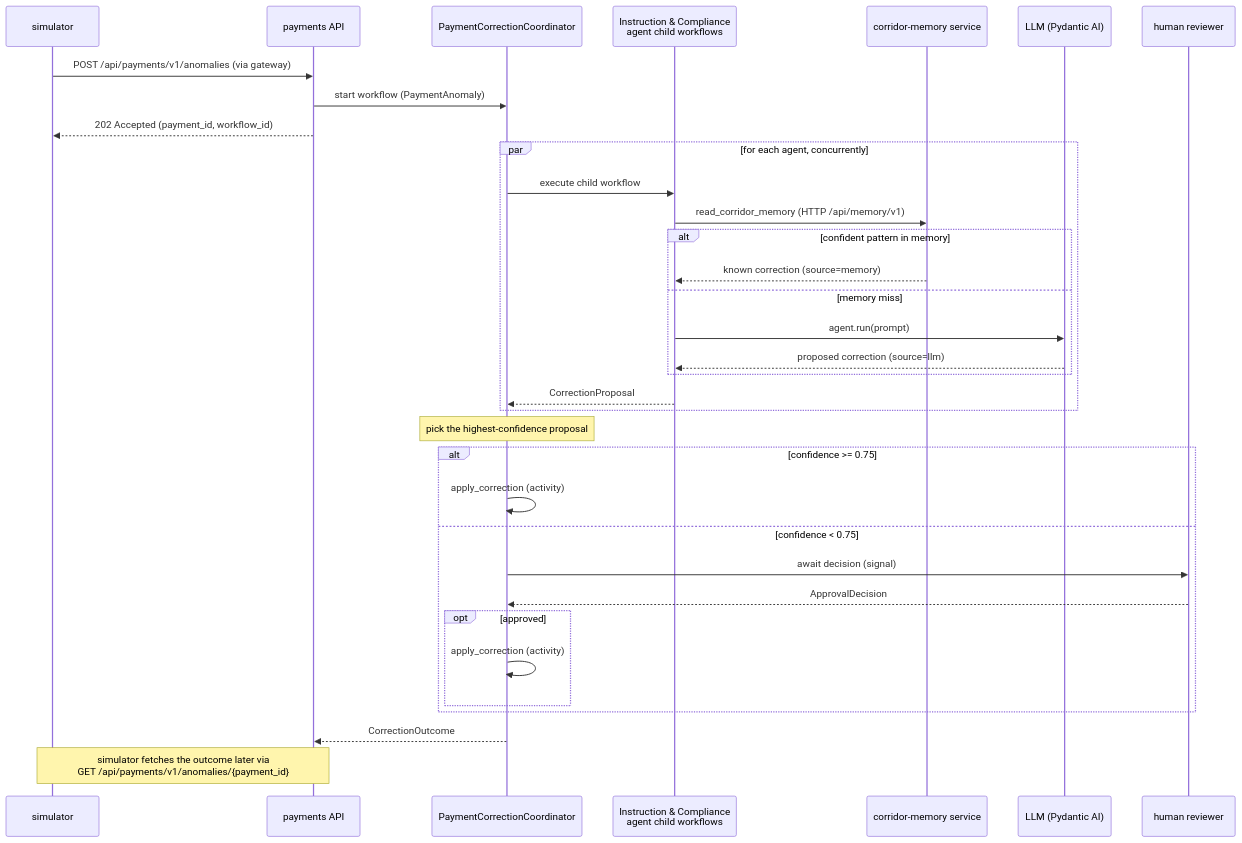
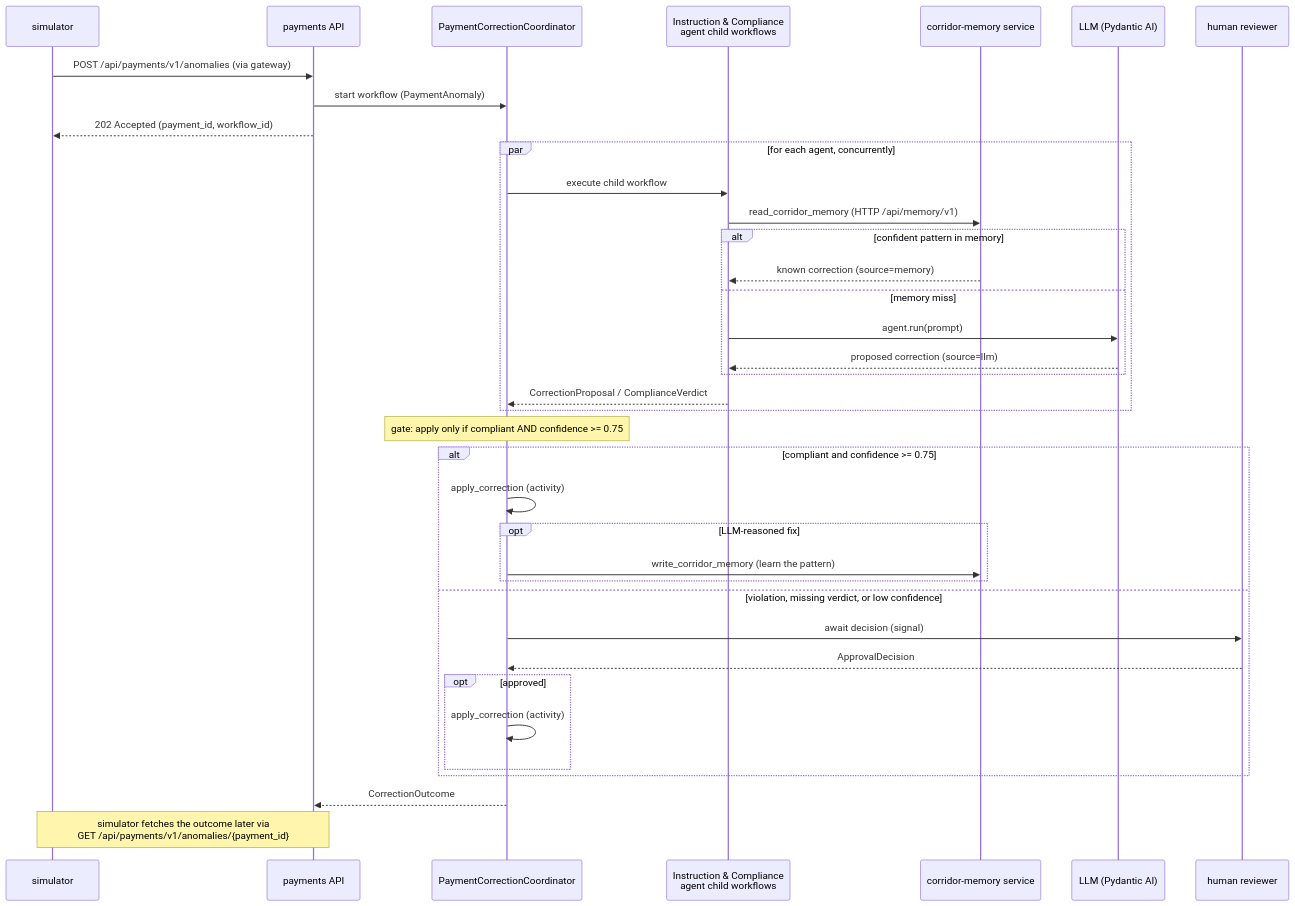
One commit to alexandreroman/temporal-payment-corridor-workshop changed the diagram in README.md. Above: the diagram before and after it, drawn with Mermaid. The commit also changed other lines of this file and 6 other files, not shown here.

````diff
--- a/README.md
+++ b/README.md
@@ -297,37 +302,40 @@
 ```mermaid
 sequenceDiagram
     participant Sim as simulator
     participant API as payments API
     participant Coord as PaymentCorrectionCoordinator
     participant Agent as Instruction & Compliance<br/>agent child workflows
     participant Mem as corridor-memory service
     participant LLM as LLM (Pydantic AI)
     participant Human as human reviewer
 
     Sim->>API: POST /api/payments/v1/anomalies (via gateway)
     API->>Coord: start workflow (PaymentAnomaly)
     API-->>Sim: 202 Accepted (payment_id, workflow_id)
     par for each agent, concurrently
         Coord->>Agent: execute child workflow
         Agent->>Mem: read_corridor_memory (HTTP /api/memory/v1)
         alt confident pattern in memory
             Mem-->>Agent: known correction (source=memory)
         else memory miss
             Agent->>LLM: agent.run(prompt)
             LLM-->>Agent: proposed correction (source=llm)
         end
-        Agent-->>Coord: CorrectionProposal
+        Agent-->>Coord: CorrectionProposal / ComplianceVerdict
     end
-    Note over Coord: pick the highest-confidence proposal
-    alt confidence >= 0.75
+    Note over Coord: gate: apply only if compliant AND confidence >= 0.75
+    alt compliant and confidence >= 0.75
         Coord->>Coord: apply_correction (activity)
-    else confidence < 0.75
+        opt LLM-reasoned fix
+            Coord->>Mem: write_corridor_memory (learn the pattern)
+        end
+    else violation, missing verdict, or low confidence
         Coord->>Human: await decision (signal)
         Human-->>Coord: ApprovalDecision
         opt approved
             Coord->>Coord: apply_correction (activity)
         end
     end
     Coord-->>API: CorrectionOutcome
     Note over Sim,API: simulator fetches the outcome later via<br/>GET /api/payments/v1/anomalies/{payment_id}
 ```
````
